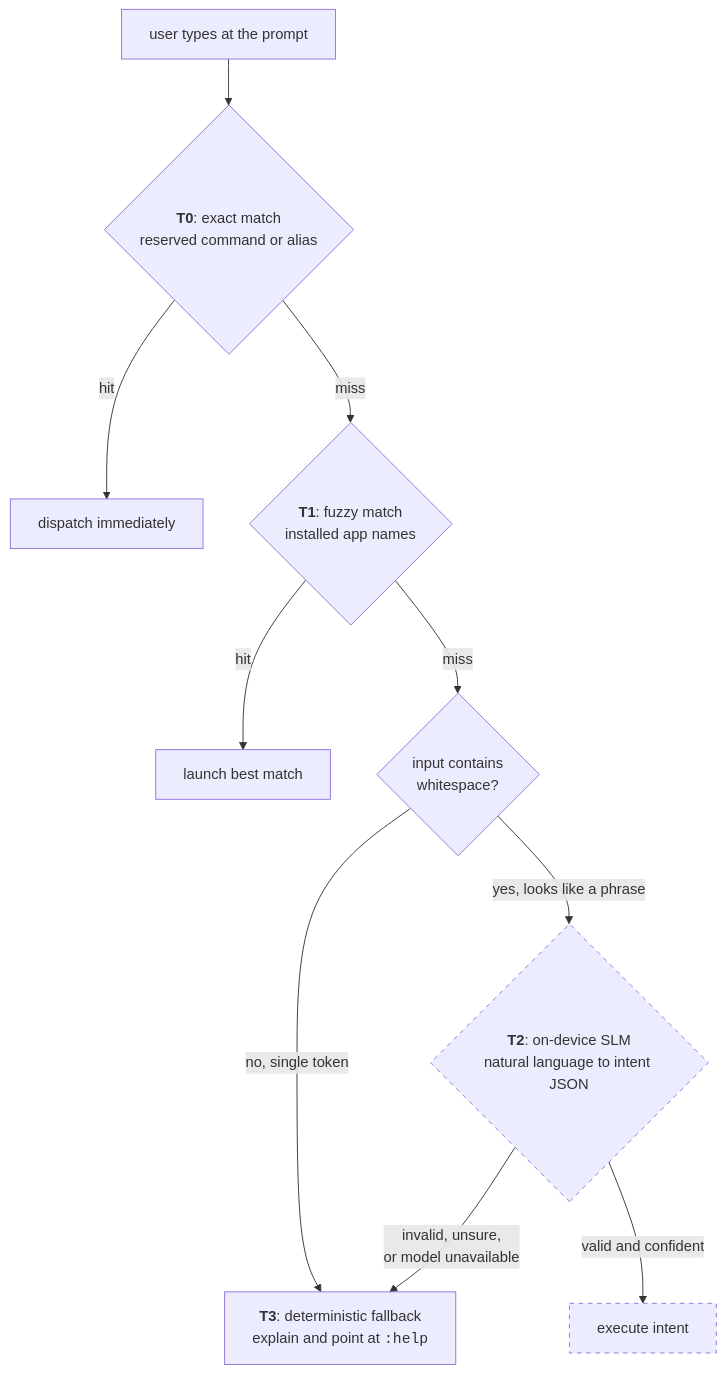
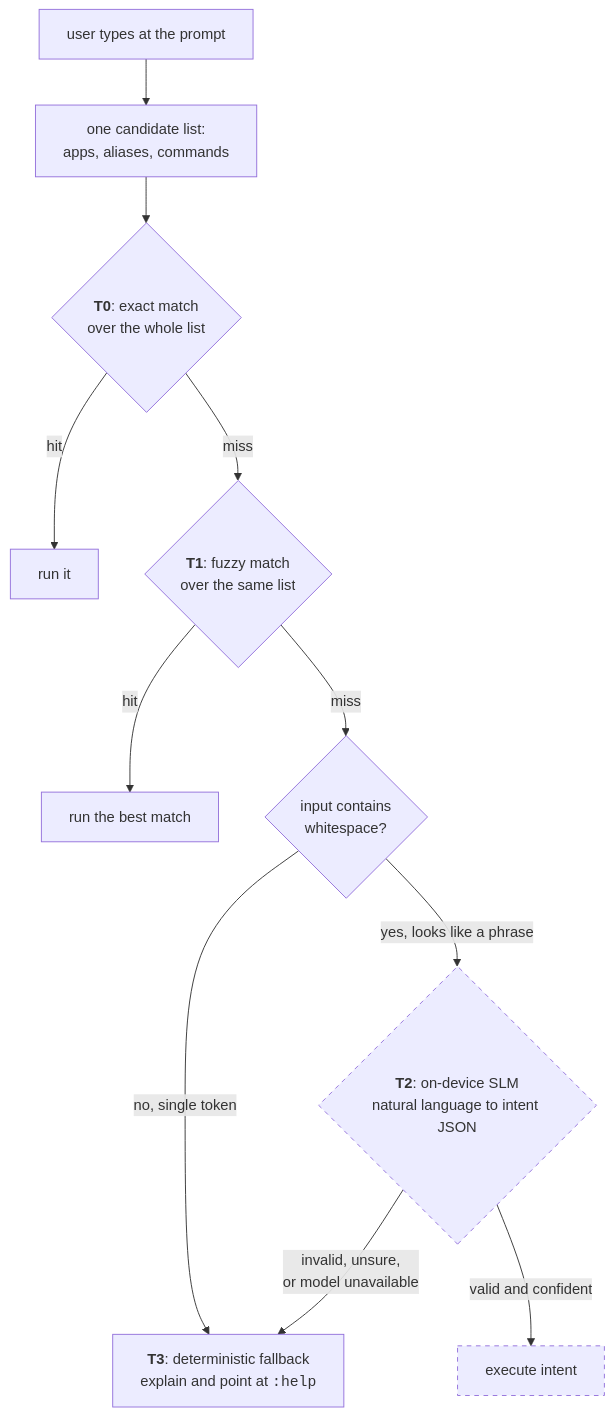
One commit to flambeauRiverTours/dailyDriver changed the diagram in website/android.md. Above: the diagram before and after it, drawn with Mermaid. The commit also changed other lines of this file and 18 other files, not shown here.

````diff
--- a/website/android.md
+++ b/website/android.md
@@ -25,24 +27,25 @@
 ```mermaid
 flowchart TD
-    I["user types at the prompt"] --> T0
+    I["user types at the prompt"] --> C["one candidate list:<br/>apps, aliases, commands"]
+    C --> T0
 
-    T0{"<b>T0</b>: exact match<br/>reserved command or alias"}
-    T0 -- "hit" --> D0["dispatch immediately"]
+    T0{"<b>T0</b>: exact match<br/>over the whole list"}
+    T0 -- "hit" --> D0["run it"]
     T0 -- "miss" --> T1
 
-    T1{"<b>T1</b>: fuzzy match<br/>installed app names"}
-    T1 -- "hit" --> D1["launch best match"]
+    T1{"<b>T1</b>: fuzzy match<br/>over the same list"}
+    T1 -- "hit" --> D1["run the best match"]
     T1 -- "miss" --> G{"input contains<br/>whitespace?"}
 
     G -- "no, single token" --> T3
     G -- "yes, looks like a phrase" --> T2
 
     T2{"<b>T2</b>: on-device SLM<br/>natural language to intent JSON"}
     T2 -- "valid and confident" --> D2["execute intent"]
     T2 -- "invalid, unsure,<br/>or model unavailable" --> T3
 
     T3["<b>T3</b>: deterministic fallback<br/>explain and point at <code>:help</code>"]
 
     style T2 stroke-dasharray: 5 5
     style D2 stroke-dasharray: 5 5
 ```
````
